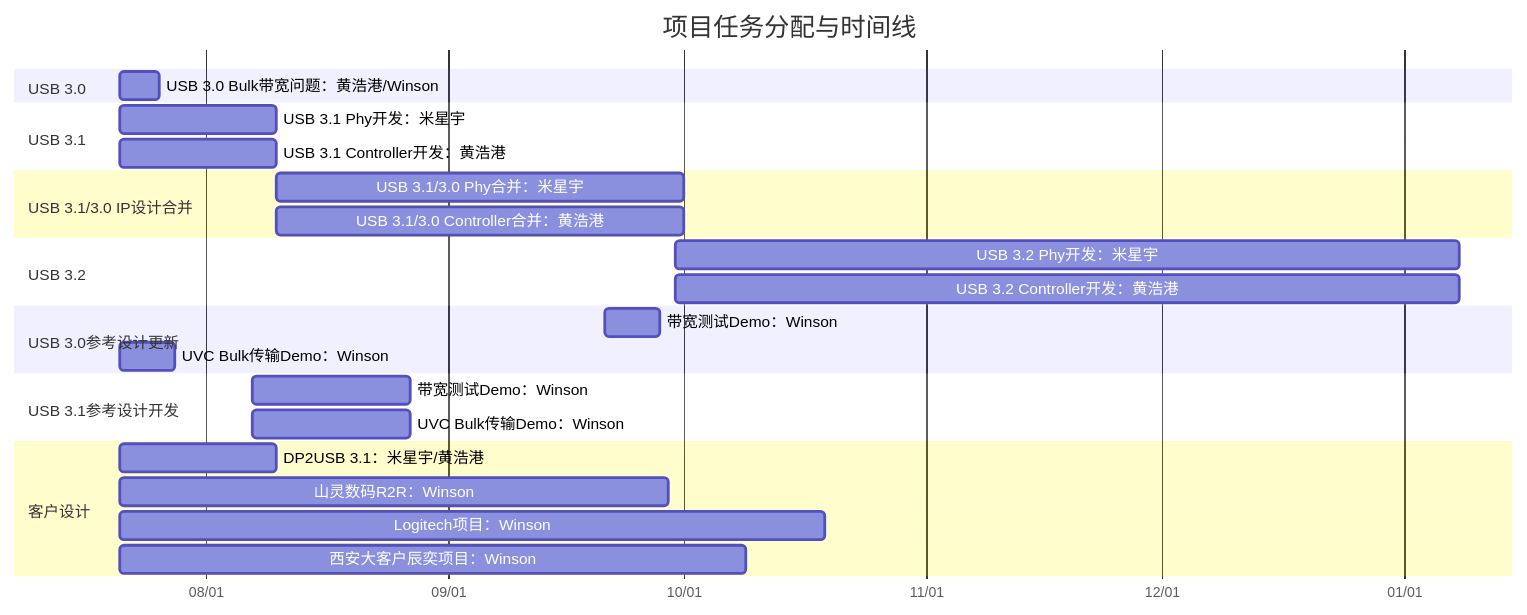
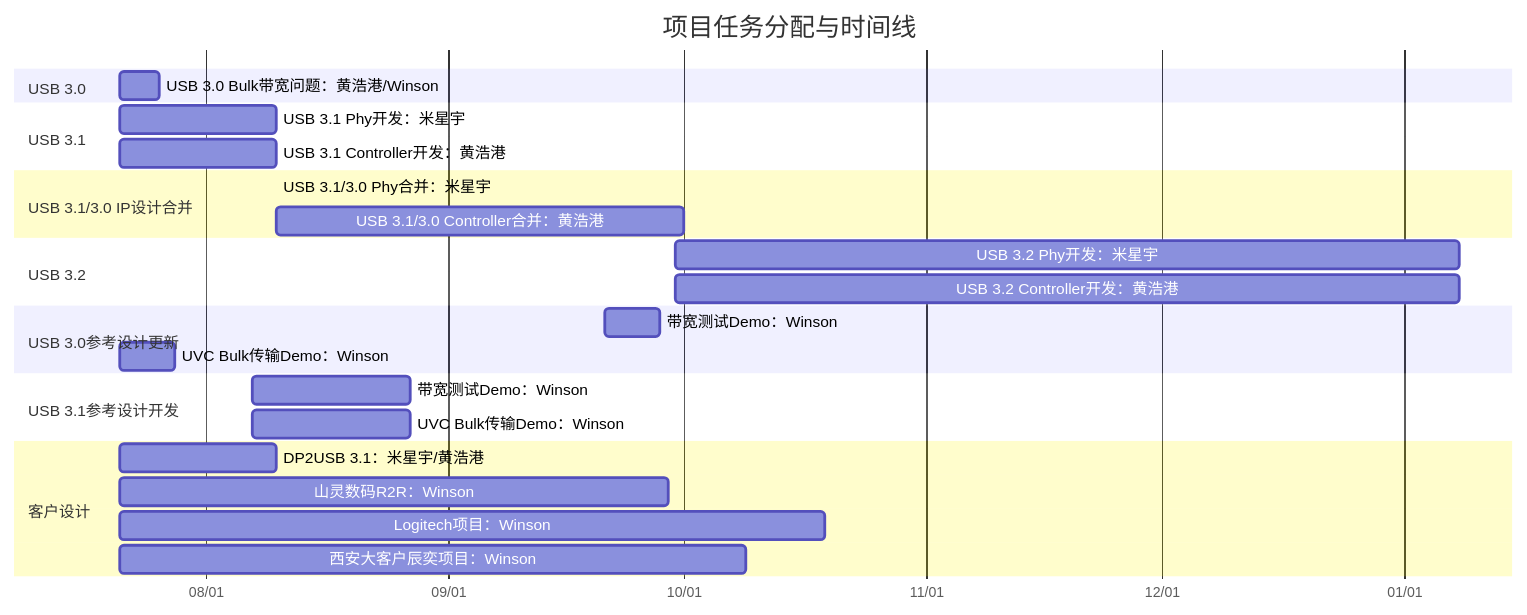
The diagram in all/未命名.md (winsonbook/iodraw-files), drawn with Mermaid before and after one commit.

Commit message:
2025-07-21 10:15:16 update

````diff
--- a/all/未命名.md
+++ b/all/未命名.md
@@ -1,35 +1,35 @@
 ```mermaid
 gantt
     title 项目任务分配与时间线
     dateFormat  YYYY-MM-DD
     axisFormat  %m/%d
 
     section USB 3.0
     USB 3.0 Bulk带宽问题：黄浩港/Winson   :    task1, 2025-07-21, 5d
 
     section USB 3.1
     USB 3.1 Phy开发：米星宇      :         task2, 2025-07-21, 20d
     USB 3.1 Controller开发：黄浩港      :  task3, 2025-07-21, 20d
 
     section USB 3.1/3.0 IP设计合并
-    USB 3.1/3.0 Phy合并：米星宇       :    task4, 2025-08-10, 52d
+    USB 3.1/3.0 Phy合并：米星宇       :    task4, 2025-08-10, d
     USB 3.1/3.0 Controller合并：黄浩港:    task5, 2025-08-10, 52d
 
     section USB 3.2
     USB 3.2 Phy开发：米星宇      :         task2, 2025-09-30, 100d
     USB 3.2 Controller开发：黄浩港      :  task3, 2025-09-30, 100d
 
     section USB 3.0参考设计更新
     带宽测试Demo：Winson       :         task6, 2025-09-21, 7d
     UVC Bulk传输Demo：Winson   :        task7, 2025-07-21, 7d
 
     section USB 3.1参考设计开发
     带宽测试Demo：Winson       :         task8, 2025-08-07, 20d
     UVC Bulk传输Demo：Winson   :         task9, 2025-08-07, 20d
 
     section 客户设计
     DP2USB 3.1：米星宇/黄浩港      :task10, 2025-07-21, 20d
     山灵数码R2R：Winson :             task11, 2025-07-21, 70d
     Logitech项目：Winson :            task12, 2025-07-21, 90d
     西安大客户辰奕项目：Winson :       task13, 2025-07-21, 80d
 ```
````
